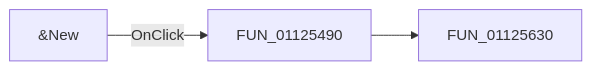
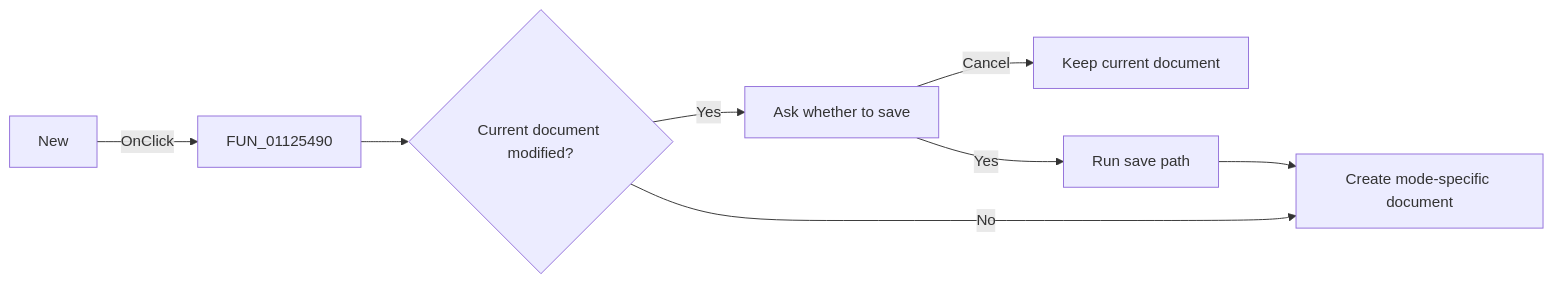
The diagram in docs/ui-controls/signaleditordlg/pminew-7beef58d91.md (MovGP0/TIARA), drawn with Mermaid before and after one commit. The commit also changed other lines of this file and 1062 other files, not shown here.

````diff
--- a/docs/ui-controls/signaleditordlg/pminew-7beef58d91.md
+++ b/docs/ui-controls/signaleditordlg/pminew-7beef58d91.md
@@ -27,5 +34,10 @@
 ```mermaid
 flowchart LR
-    control["&New"] -->|OnClick| handler["FUN_01125490"]
-    handler --> call1["FUN_01125630"]
+    control["New"] -->|"OnClick"| handler["FUN_01125490"]
+    handler --> modified{"Current document modified?"}
+    modified -->|"Yes"| prompt["Ask whether to save"]
+    prompt -->|"Cancel"| keep["Keep current document"]
+    prompt -->|"Yes"| save["Run save path"]
+    modified -->|"No"| create["Create mode-specific document"]
+    save --> create
 ```
````
